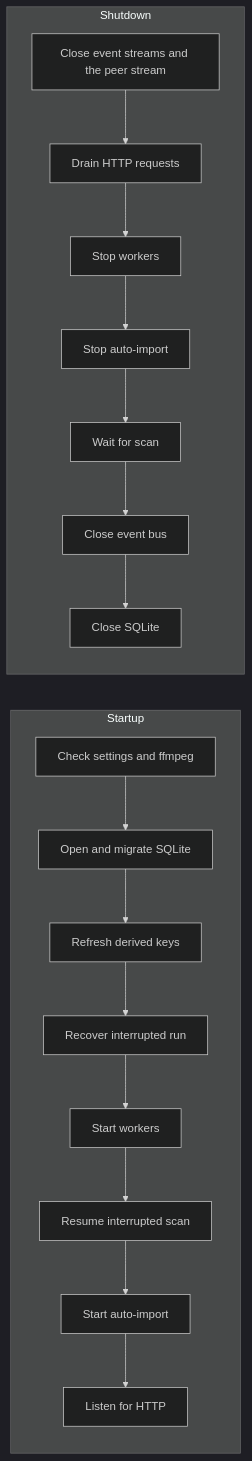
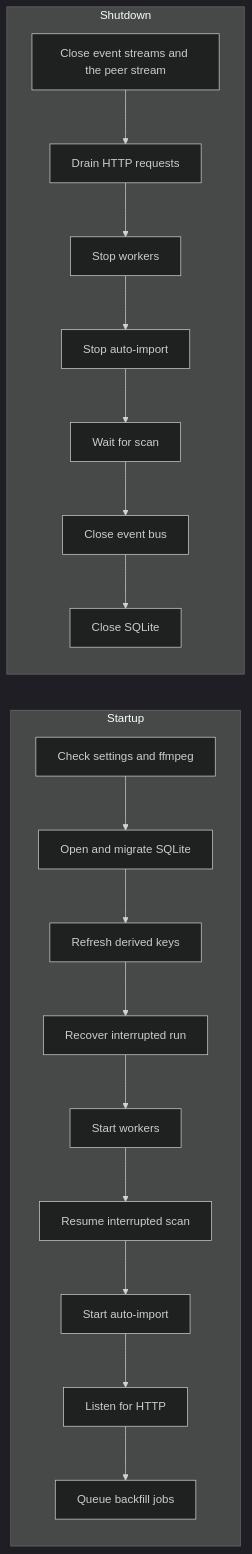
The first of 3 diagrams in docs/design-docs/process-lifecycle.md (syudead/vv), drawn with Mermaid (dark theme) before and after one commit. The commit also changed other lines of this file and 27 other files, not shown here.

First line of the commit message:
feat(068): queue backfills and virtual thumbnail republishing as scheduled jobs

````diff
--- a/docs/design-docs/process-lifecycle.md
+++ b/docs/design-docs/process-lifecycle.md
@@ -11,22 +11,23 @@
 ```mermaid
 flowchart LR
   subgraph start[Startup]
     direction TB
     s1[Check settings and ffmpeg] --> s2[Open and migrate SQLite]
     s2 --> s3[Refresh derived keys]
     s3 --> s4[Recover interrupted run]
     s4 --> s5[Start workers]
     s5 --> s6[Resume interrupted scan]
     s6 --> s7[Start auto-import]
     s7 --> s8[Listen for HTTP]
+    s8 --> s9[Queue backfill jobs]
   end
   subgraph stop[Shutdown]
     direction TB
     t1[Close event streams and the peer stream] --> t2[Drain HTTP requests]
     t2 --> t3[Stop workers]
     t3 --> t4[Stop auto-import]
     t4 --> t5[Wait for scan]
     t5 --> t6[Close event bus]
     t6 --> t7[Close SQLite]
   end
 ```
````
